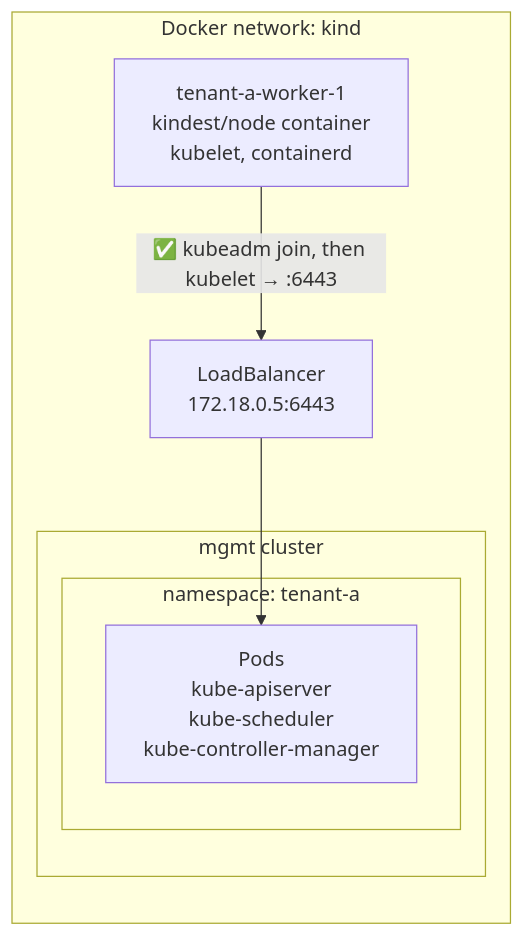
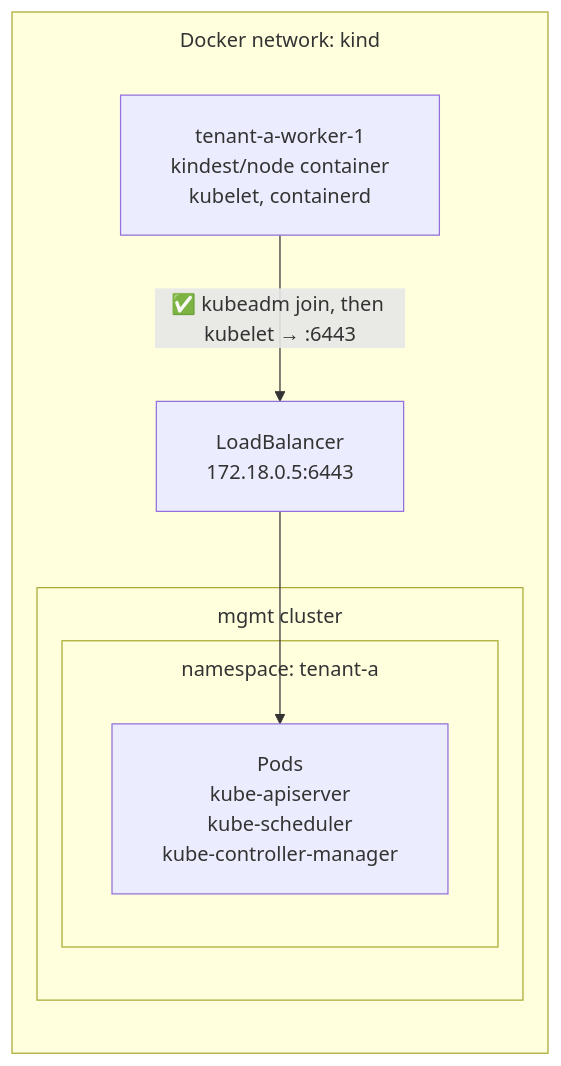
One commit to latitudesh/managed-k8s-workshop changed the diagram in docs/07-worker-node.md. Above: the diagram before and after it, drawn with Mermaid. The commit also changed other lines of this file and 38 other files, not shown here.

````diff
--- a/docs/07-worker-node.md
+++ b/docs/07-worker-node.md
@@ -5,14 +7,15 @@
 ```mermaid
+%%{init: {"flowchart": {"padding": 20, "nodeSpacing": 60, "rankSpacing": 60, "subGraphTitleMargin": {"top": 10, "bottom": 14}}}}%%
 flowchart LR
   subgraph net["Docker network: kind"]
     subgraph mgmt["mgmt cluster"]
       subgraph ns["namespace: tenant-a"]
         cp["Pods<br/>kube-apiserver<br/>kube-scheduler<br/>kube-controller-manager"]
       end
     end
     lb["LoadBalancer<br/>172.18.0.5:6443"]
     worker["tenant-a-worker-1<br/>kindest/node container<br/>kubelet, containerd"]
   end
   worker -- "✅ kubeadm join, then kubelet → :6443" --> lb
   lb --> cp
 ```
````
